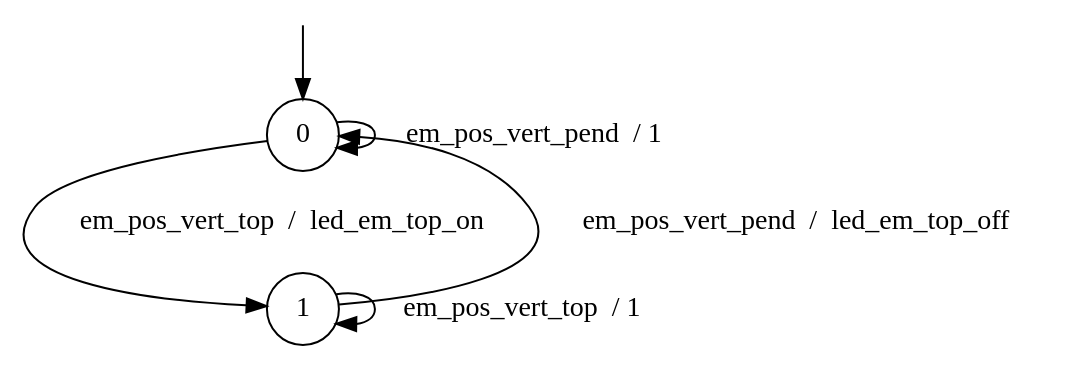
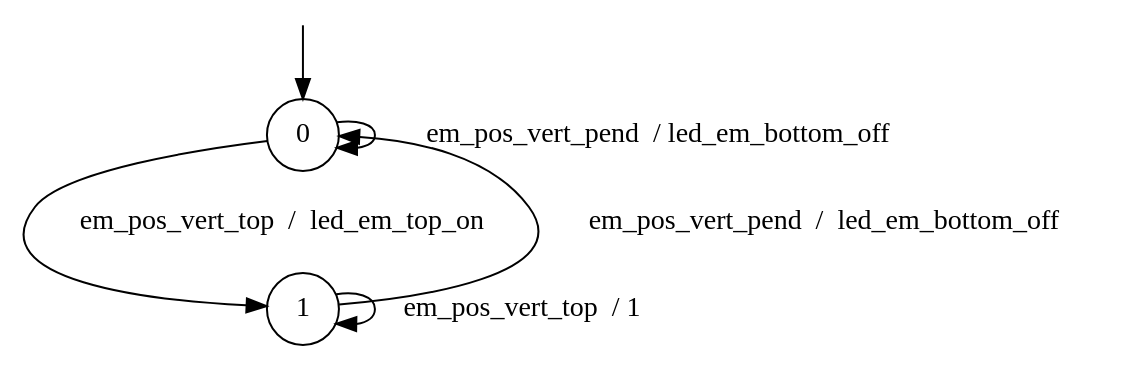
The diagram in Real-Tests/resources/Synchs/5/4_12_BCS_LED_EMT.dot (AryanBastani/SCL-Star), drawn with Graphviz before and after one commit. The commit also changed 15 other files, not shown here.

```diff
--- a/Real-Tests/resources/Synchs/5/4_12_BCS_LED_EMT.dot
+++ b/Real-Tests/resources/Synchs/5/4_12_BCS_LED_EMT.dot
@@ -1,13 +1,13 @@
 digraph g {
 
 	s0 [shape="circle" label="0"];
 	s1 [shape="circle" label="1"];
-	s0 -> s0 [label="em_pos_vert_pend  / 1"];
+	s0 -> s0 [label="em_pos_vert_pend  / led_em_bottom_off"];
 	s0 -> s1 [label="em_pos_vert_top  /  led_em_top_on"];
-	s1 -> s0 [label="em_pos_vert_pend  /  led_em_top_off"];
+	s1 -> s0 [label="em_pos_vert_pend  /  led_em_bottom_off"];
 	s1 -> s1 [label="em_pos_vert_top  / 1"];
 
 __start0 [label="" shape="none" width="0" height="0"];
 __start0 -> s0;
 
 }
```
